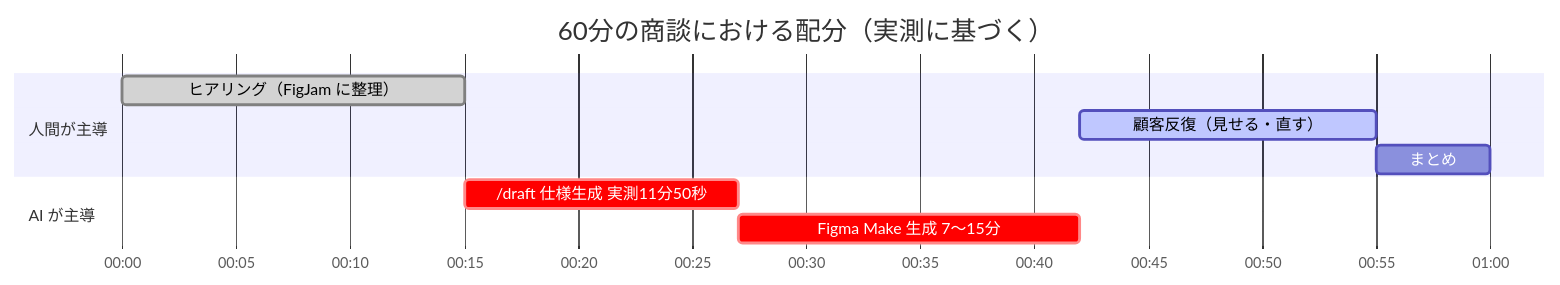
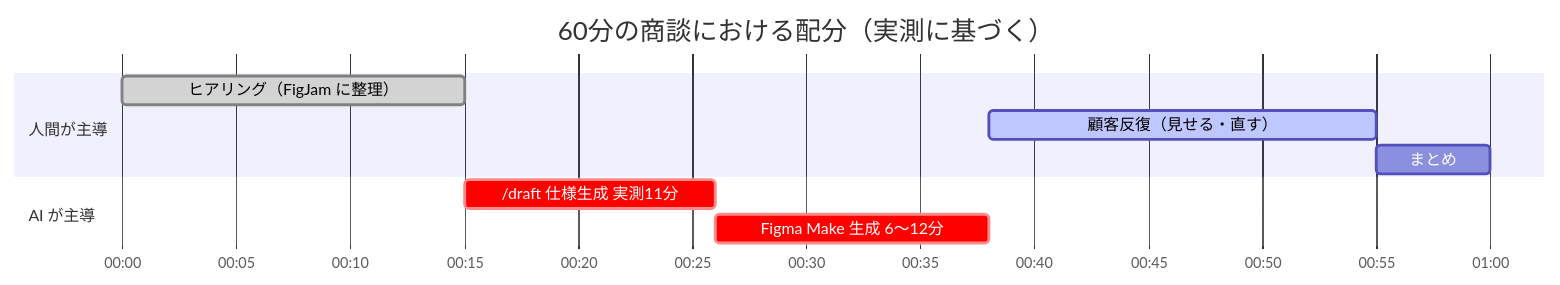
Before and after one commit to daichi-kubokawa/prototyping-agents: the second of 5 diagrams in WORKFLOW.md, drawn with Mermaid. The commit also changed other lines of this file and 24 other files, not shown here.

````diff
--- a/WORKFLOW.md
+++ b/WORKFLOW.md
@@ -116,15 +124,15 @@
 ```mermaid
 gantt
     dateFormat HH:mm
     axisFormat %H:%M
     title 60分の商談における配分（実測に基づく）
 
     section 人間が主導
     ヒアリング（FigJam に整理）  :done, h1, 00:00, 15m
-    顧客反復（見せる・直す）      :active, h2, 00:42, 13m
+    顧客反復（見せる・直す）      :active, h2, 00:38, 17m
     まとめ                      :h3, 00:55, 5m
 
     section AI が主導
-    /draft 仕様生成 実測11分50秒  :crit, a1, 00:15, 12m
-    Figma Make 生成 7〜15分       :crit, a2, 00:27, 15m
+    /draft 仕様生成 実測11分       :crit, a1, 00:15, 11m
+    Figma Make 生成 6〜12分       :crit, a2, 00:26, 12m
 ```
````
